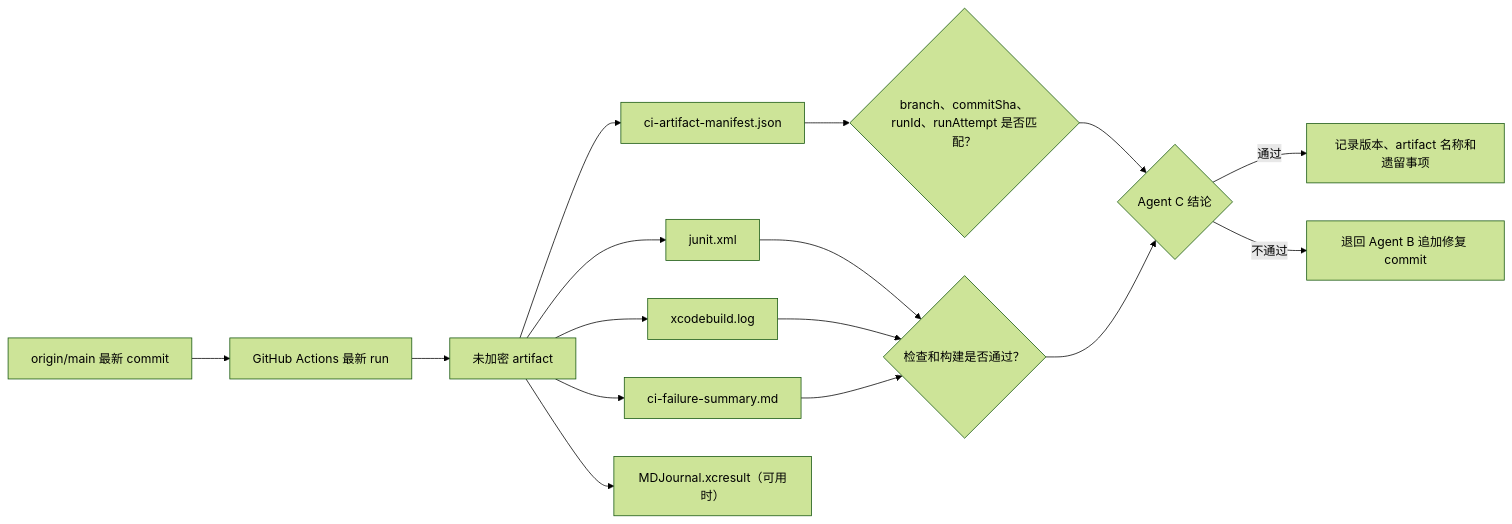
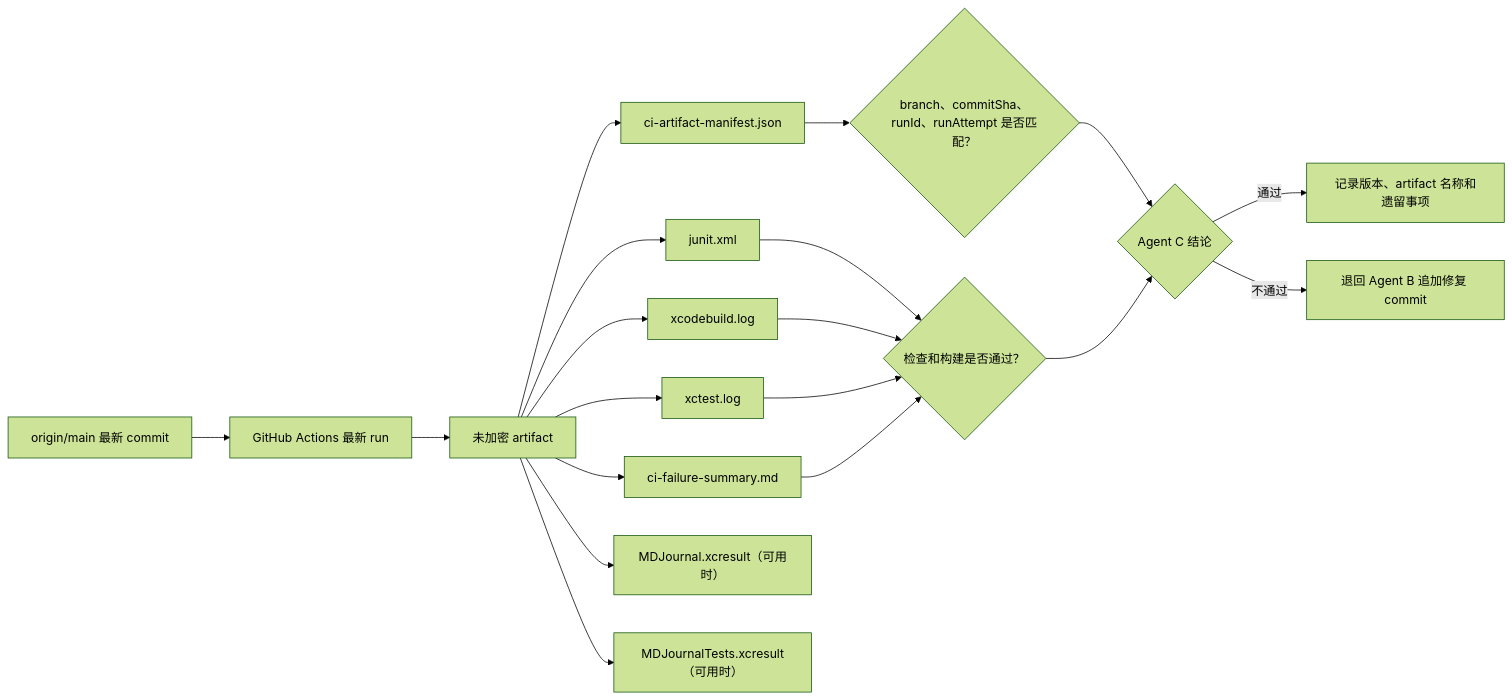
One commit to Altman-sam114/117 changed the fifth of 5 diagrams in md/flow/flowchart.md. Above: the diagram before and after it, drawn with Mermaid (forest theme). The commit also changed other lines of this file and 14 other files, not shown here.

````diff
--- a/md/flow/flowchart.md
+++ b/md/flow/flowchart.md
@@ -117,18 +118,21 @@
 ```mermaid
 flowchart LR
   OriginMain["origin/main 最新 commit"] --> Run["GitHub Actions 最新 run"]
   Run --> Artifact["未加密 artifact"]
   Artifact --> Manifest["ci-artifact-manifest.json"]
   Artifact --> JUnit["junit.xml"]
   Artifact --> BuildLog["xcodebuild.log"]
+  Artifact --> TestLog["xctest.log"]
   Artifact --> Summary["ci-failure-summary.md"]
   Artifact --> XCResult["MDJournal.xcresult（可用时）"]
+  Artifact --> TestResult["MDJournalTests.xcresult（可用时）"]
   Manifest --> Match{"branch、commitSha、runId、runAttempt 是否匹配？"}
   JUnit --> Outcome{"检查和构建是否通过？"}
   BuildLog --> Outcome
+  TestLog --> Outcome
   Summary --> Outcome
   Match --> Accept{"Agent C 结论"}
   Outcome --> Accept
   Accept -- "通过" --> Record["记录版本、artifact 名称和遗留事项"]
   Accept -- "不通过" --> Repair["退回 Agent B 追加修复 commit"]
 ```
````
